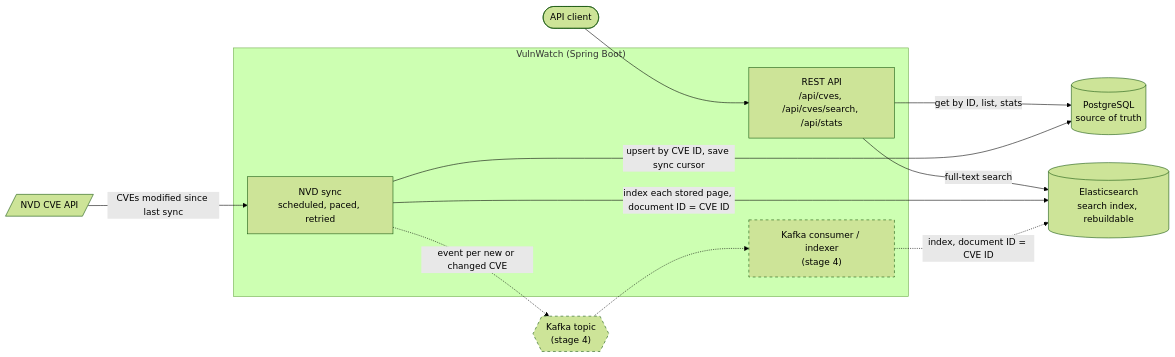
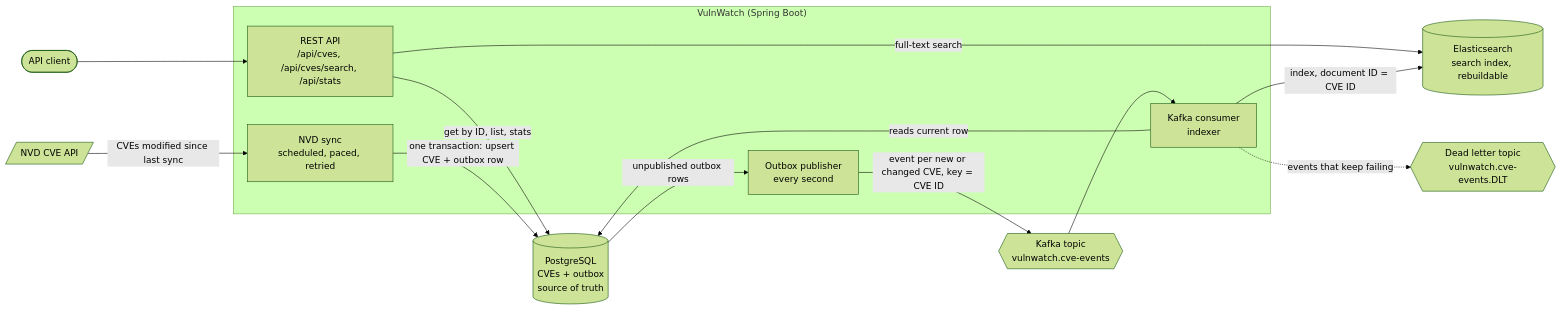
Before and after one commit to KKrusteF/VulnWatch: the diagram in README.md, drawn with Mermaid (forest theme). The commit also changed other lines of this file and 29 other files, not shown here.

````diff
--- a/README.md
+++ b/README.md
@@ -20,27 +19,29 @@
 ```mermaid
 flowchart LR
     client([API client])
     nvd[/NVD CVE API/]
 
     subgraph app["VulnWatch (Spring Boot)"]
         api["REST API<br/>/api/cves, /api/cves/search, /api/stats"]
         ingest["NVD sync<br/>scheduled, paced, retried"]
-        indexer["Kafka consumer / indexer<br/>(stage 4)"]:::planned
+        publisher["Outbox publisher<br/>every second"]
+        indexer["Kafka consumer<br/>indexer"]
     end
 
-    pg[("PostgreSQL<br/>source of truth")]
-    kafka{{"Kafka topic<br/>(stage 4)"}}:::planned
+    pg[("PostgreSQL<br/>CVEs + outbox<br/>source of truth")]
+    kafka{{"Kafka topic<br/>vulnwatch.cve-events"}}
+    dlt{{"Dead letter topic<br/>vulnwatch.cve-events.DLT"}}
     es[("Elasticsearch<br/>search index, rebuildable")]
 
     client --> api
     api -->|get by ID, list, stats| pg
     api -->|full-text search| es
     nvd -->|CVEs modified since last sync| ingest
-    ingest -->|upsert by CVE ID, save sync cursor| pg
-    ingest -->|index each stored page, document ID = CVE ID| es
-    ingest -.->|event per new or changed CVE| kafka
-    kafka -.-> indexer
-    indexer -.->|index, document ID = CVE ID| es
-
-    classDef planned stroke-dasharray: 5 5
+    ingest -->|one transaction: upsert CVE + outbox row| pg
+    pg -->|unpublished outbox rows| publisher
+    publisher -->|event per new or changed CVE, key = CVE ID| kafka
+    kafka --> indexer
+    indexer -->|reads current row| pg
+    indexer -->|index, document ID = CVE ID| es
+    indexer -.->|events that keep failing| dlt
 ```
````
